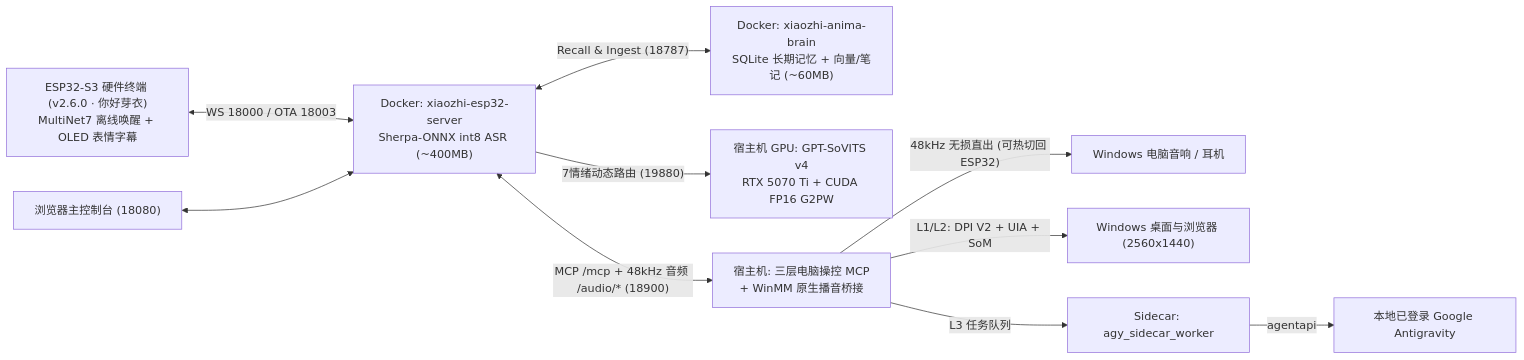
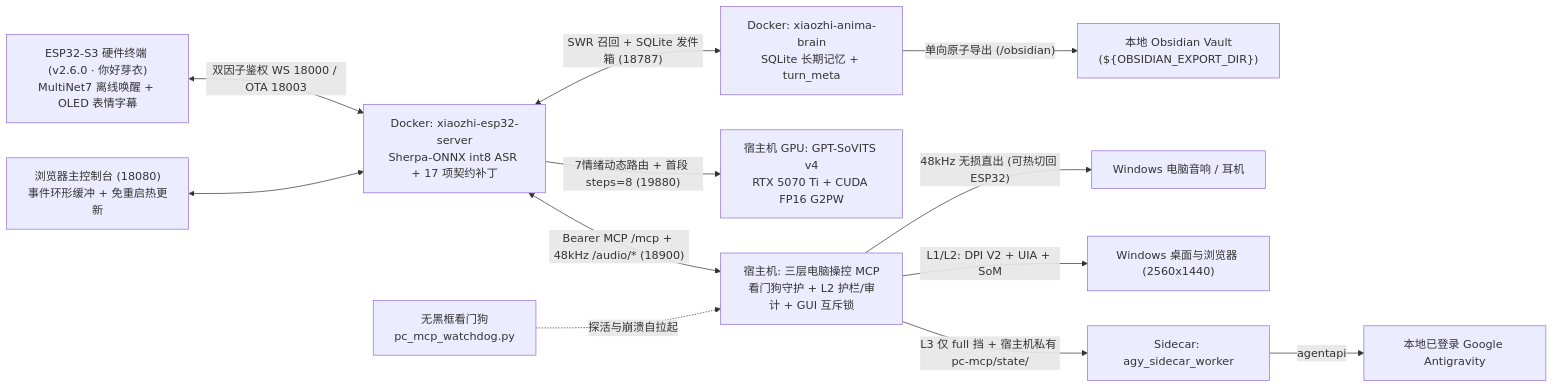
The diagram in 项目交接与运维手册.md (zou172866/xiaozhi-windows-pc-mcp), drawn with Mermaid before and after one commit. The commit also changed other lines of this file and 52 other files, not shown here.

````diff
--- a/项目交接与运维手册.md
+++ b/项目交接与运维手册.md
@@ -13,12 +14,14 @@
 ```mermaid
 flowchart LR
-    ESP["ESP32-S3 硬件终端 (v2.6.0 · 你好芽衣)<br/>MultiNet7 离线唤醒 + OLED 表情字幕"] <-->|"WS 18000 / OTA 18003"| XZ["Docker: xiaozhi-esp32-server<br/>Sherpa-ONNX int8 ASR (~400MB)"]
-    UI["浏览器主控制台 (18080)"] <--> XZ
-    XZ <-->|"Recall & Ingest (18787)"| ANIMA["Docker: xiaozhi-anima-brain<br/>SQLite 长期记忆 + 向量/笔记 (~60MB)"]
-    XZ -->|"7情绪动态路由 (19880)"| GSV["宿主机 GPU: GPT-SoVITS v4<br/>RTX 5070 Ti + CUDA FP16 G2PW"]
-    XZ <-->|"MCP /mcp + 48kHz 音频 /audio/* (18900)"| MCP["宿主机: 三层电脑操控 MCP<br/>+ WinMM 原生播音桥接"]
+    ESP["ESP32-S3 硬件终端 (v2.6.0 · 你好芽衣)<br/>MultiNet7 离线唤醒 + OLED 表情字幕"] <-->|"双因子鉴权 WS 18000 / OTA 18003"| XZ["Docker: xiaozhi-esp32-server<br/>Sherpa-ONNX int8 ASR + 17 项契约补丁"]
+    UI["浏览器主控制台 (18080)<br/>事件环形缓冲 + 免重启热更新"] <--> XZ
+    XZ <-->|"SWR 召回 + SQLite 发件箱 (18787)"| ANIMA["Docker: xiaozhi-anima-brain<br/>SQLite 长期记忆 + turn_meta"]
+    ANIMA -->|"单向原子导出 (/obsidian)"| OBS["本地 Obsidian Vault<br/>(${OBSIDIAN_EXPORT_DIR})"]
+    XZ -->|"7情绪动态路由 + 首段 steps=8 (19880)"| GSV["宿主机 GPU: GPT-SoVITS v4<br/>RTX 5070 Ti + CUDA FP16 G2PW"]
+    XZ <-->|"Bearer MCP /mcp + 48kHz /audio/* (18900)"| MCP["宿主机: 三层电脑操控 MCP<br/>看门狗守护 + L2 护栏/审计 + GUI 互斥锁"]
+    WD["无黑框看门狗<br/>pc_mcp_watchdog.py"] -.->|"探活与崩溃自拉起"| MCP
     MCP -->|"48kHz 无损直出 (可热切回 ESP32)"| SPK["Windows 电脑音响 / 耳机"]
     MCP -->|"L1/L2: DPI V2 + UIA + SoM"| WIN["Windows 桌面与浏览器 (2560x1440)"]
-    MCP -->|"L3 任务队列"| SC["Sidecar: agy_sidecar_worker"]
+    MCP -->|"L3 仅 full 挡 + 宿主机私有 pc-mcp/state/"| SC["Sidecar: agy_sidecar_worker"]
     SC -->|"agentapi"| AGY["本地已登录 Google Antigravity"]
 ```
````
